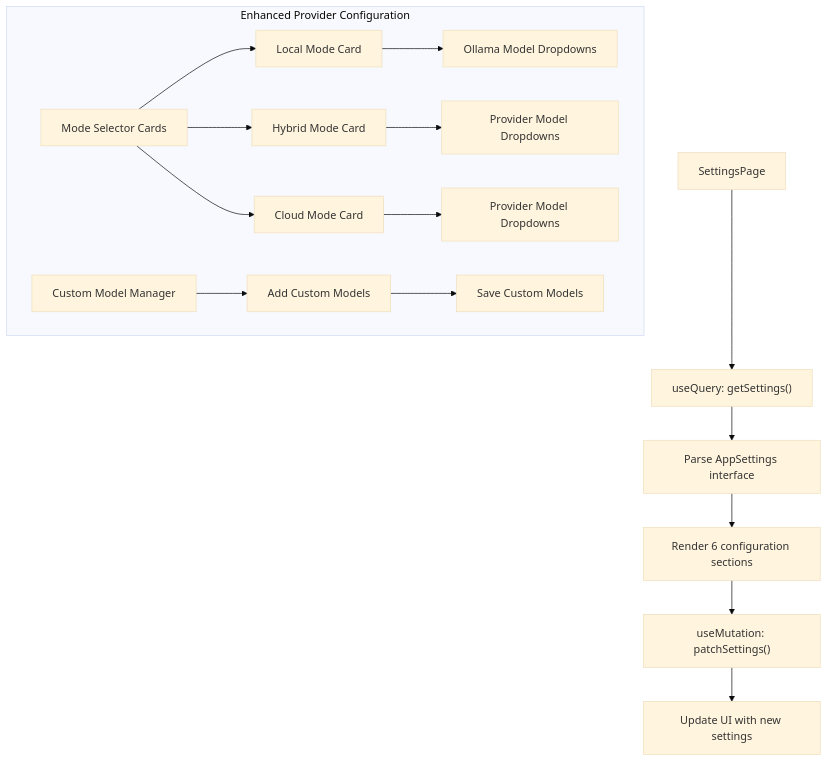
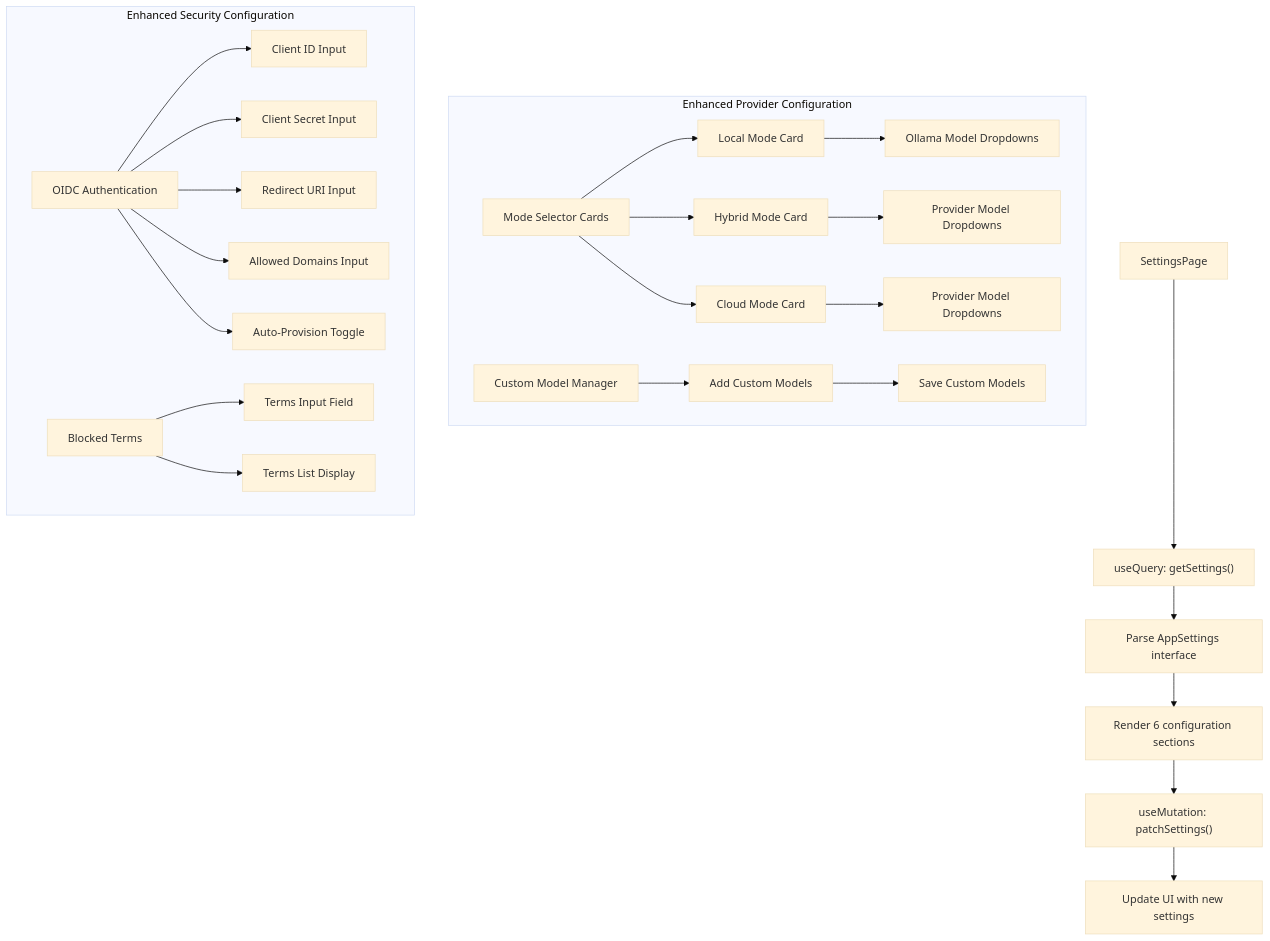
One commit to genes8/private-ai changed the fifth of 18 diagrams in .qoder/repowiki/en/content/Frontend Application/Admin Dashboard/Admin Dashboard.md. Above: the diagram before and after it, drawn with Mermaid (base theme). The commit also changed other lines of this file and 19 other files, not shown here.

````diff
--- a/.qoder/repowiki/en/content/Frontend Application/Admin Dashboard/Admin Dashboard.md
+++ b/.qoder/repowiki/en/content/Frontend Application/Admin Dashboard/Admin Dashboard.md
@@ -290,18 +323,27 @@
 ```mermaid
 flowchart TD
 SettingsPage["SettingsPage"] --> Query["useQuery: getSettings()"]
 Query --> Parse["Parse AppSettings interface"]
 Parse --> RenderSections["Render 6 configuration sections"]
 subgraph "Enhanced Provider Configuration"
 ModeCards["Mode Selector Cards"] --> LocalMode["Local Mode Card"]
 ModeCards --> HybridMode["Hybrid Mode Card"]
 ModeCards --> CloudMode["Cloud Mode Card"]
 LocalMode --> LocalModels["Ollama Model Dropdowns"]
 HybridMode --> CloudModels["Provider Model Dropdowns"]
 CloudMode --> CloudModels2["Provider Model Dropdowns"]
 CustomModels["Custom Model Manager"] --> AddCustom["Add Custom Models"]
 AddCustom --> SaveCustom["Save Custom Models"]
 end
+subgraph "Enhanced Security Configuration"
+OIDCConfig["OIDC Authentication"] --> ClientID["Client ID Input"]
+OIDCConfig --> ClientSecret["Client Secret Input"]
+OIDCConfig --> RedirectURI["Redirect URI Input"]
+OIDCConfig --> AllowedDomains["Allowed Domains Input"]
+OIDCConfig --> AutoProvision["Auto-Provision Toggle"]
+BlockedTerms["Blocked Terms"] --> TermsInput["Terms Input Field"]
+BlockedTerms --> TermsList["Terms List Display"]
+end
 RenderSections --> Mutations["useMutation: patchSettings()"]
 Mutations --> Success["Update UI with new settings"]
 ```
````
